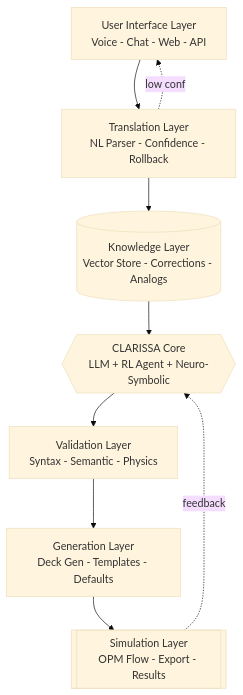
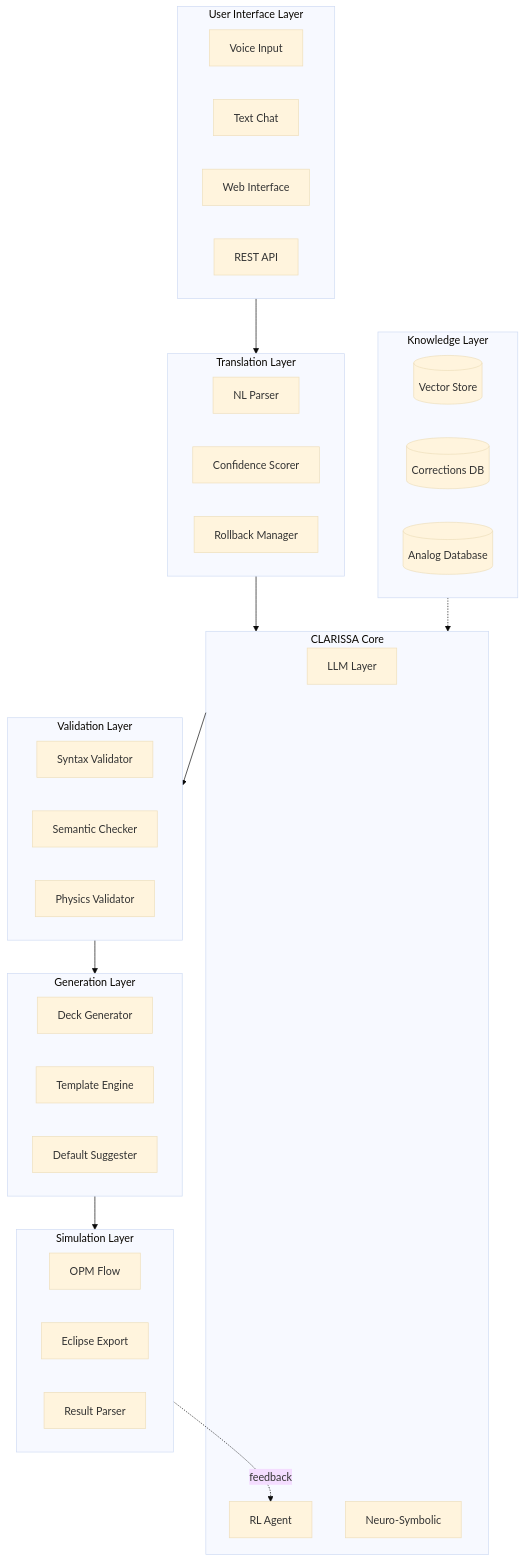
One commit to wolfram-laube/clarissa changed the first of 6 diagrams in conference/spe-europe-2026/sources/wolfram/abstract-merged.md. Above: the diagram before and after it, drawn with Mermaid (base theme). The commit also changed other lines of this file, not shown here.

Commit message:
fix: simplify Mermaid diagrams, remove emojis (fixes rendering)

````diff
--- a/conference/spe-europe-2026/sources/wolfram/abstract-merged.md
+++ b/conference/spe-europe-2026/sources/wolfram/abstract-merged.md
@@ -44,19 +44,53 @@
 ```mermaid
 flowchart TB
-    UI["User Interface Layer<br/>Voice - Chat - Web - API"]
-    TRANS["Translation Layer<br/>NL Parser - Confidence - Rollback"]
-    KNOW[("Knowledge Layer<br/>Vector Store - Corrections - Analogs")]
-    CORE{{"CLARISSA Core<br/>LLM + RL Agent + Neuro-Symbolic"}}
-    VALID["Validation Layer<br/>Syntax - Semantic - Physics"]
-    GEN["Generation Layer<br/>Deck Gen - Templates - Defaults"]
-    SIM[["Simulation Layer<br/>OPM Flow - Export - Results"]]
+    subgraph UI["User Interface Layer"]
+        VOICE[Voice Input]
+        TEXT[Text Chat]
+        WEB[Web Interface]
+        API[REST API]
+    end
+
+    subgraph TRANS["Translation Layer"]
+        NLP[NL Parser]
+        CONF[Confidence Scorer]
+        ROLL[Rollback Manager]
+    end
+
+    subgraph CORE["CLARISSA Core"]
+        LLM[LLM Layer]
+        RL[RL Agent]
+        NSC[Neuro-Symbolic]
+    end
+
+    subgraph VALID["Validation Layer"]
+        SYN[Syntax Validator]
+        SEM[Semantic Checker]
+        PHY[Physics Validator]
+    end
+
+    subgraph GEN["Generation Layer"]
+        DECK[Deck Generator]
+        TMPL[Template Engine]
+        DEF[Default Suggester]
+    end
+
+    subgraph SIM["Simulation Layer"]
+        OPM[OPM Flow]
+        EXP[Eclipse Export]
+        RES[Result Parser]
+    end
+
+    subgraph KB["Knowledge Layer"]
+        VEC[(Vector Store)]
+        COR[(Corrections DB)]
+        ANA[(Analog Database)]
+    end
 
     UI --> TRANS
-    TRANS --> KNOW
-    KNOW --> CORE
+    TRANS --> CORE
     CORE --> VALID
     VALID --> GEN
     GEN --> SIM
-    SIM -.->|feedback| CORE
-    TRANS -.->|low conf| UI
+    KB -.-> CORE
+    SIM -.->|feedback| RL
 ```
````
